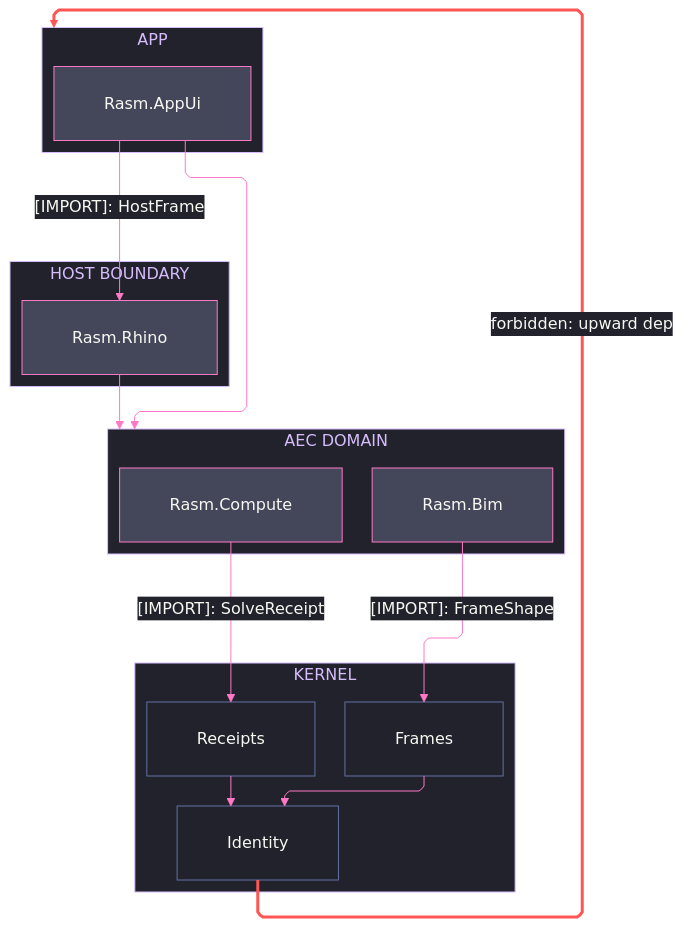
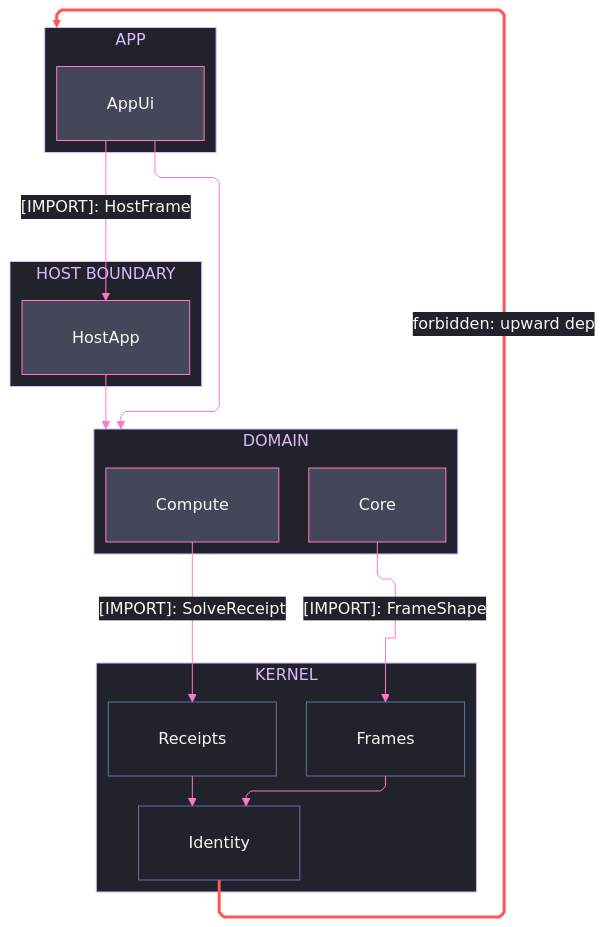
One commit to bsamiee/Rasm changed the diagram in .claude/skills/mermaid-diagramming/templates/strata.mmd.md. Above: the diagram before and after it, drawn with Mermaid. The commit also changed 134 other files, not shown here.

````diff
--- a/.claude/skills/mermaid-diagramming/templates/strata.mmd.md
+++ b/.claude/skills/mermaid-diagramming/templates/strata.mmd.md
@@ -5,62 +5,62 @@
 ```mermaid
 ---
 config:
   theme: base
   look: classic
   layout: elk
   flowchart:
     curve: linear
     padding: 25
   themeVariables:
     darkMode: true
     fontFamily: "SF Mono, Menlo, Cascadia Mono, Segoe UI Mono, Consolas, monospace"
     useGradient: false
     dropShadow: "none"
     background: "#282A36"
     primaryColor: "#44475A"
     primaryTextColor: "#F8F8F2"
     primaryBorderColor: "#BD93F9"
     lineColor: "#FF79C6"
     textColor: "#F8F8F2"
     clusterBkg: "#21222C"
     clusterBorder: "#D6BCFA"
     edgeLabelBackground: "#21222C"
     labelBackgroundColor: "#21222C"
     titleColor: "#D6BCFA"
   themeCSS: ".nodeLabel{font-size:13px;font-weight:500}.edgeLabel{font-size:12px;font-weight:500}.cluster-label .nodeLabel{font-size:13.5px;font-weight:700;letter-spacing:.08em}.edge-thickness-normal{stroke-width:2px}.edge-thickness-thick{stroke-width:3px}.edge-pattern-dashed,.edge-pattern-dotted{stroke-width:1.5px;stroke-dasharray:4 6}.node rect,.node circle,.node polygon,.node path,.node .outer-path{stroke-width:1.5px;filter:none!important}.cluster rect{stroke-width:1px!important;stroke-dasharray:5 4!important;filter:none!important}.marker path{transform:scale(.8);transform-origin:5px 5px}.marker circle{transform:scale(.48);transform-origin:5px 5px}.edgeLabel rect{transform-box:fill-box;transform-origin:center;transform:scale(1.1,1.2)}"
 ---
 flowchart TB
     accTitle: Package stratum law
     accDescr: Four stacked strata from app through host boundary and domain onto a member-resolved kernel, downward-only import edges naming one sourced type each, cluster-target edges landing on layer boundaries, and one forbidden upward edge styled red.
     subgraph L4[APP]
-        App[Rasm.AppUi]
+        App[AppUi]
     end
     subgraph L3[HOST BOUNDARY]
-        Host[Rasm.Rhino]
+        Host[HostApp]
     end
-    subgraph L2[AEC DOMAIN]
-        Bim[Rasm.Bim]
-        Compute[Rasm.Compute]
+    subgraph L2[DOMAIN]
+        Core[Core]
+        Compute[Compute]
     end
     subgraph L1[KERNEL]
         Frames[Frames]
         Identity[Identity]
         Receipts[Receipts]
     end
     App e1@-->|"[IMPORT]: HostFrame"| Host
     Host e2@--> L2
     App e3@--> L2
-    Bim e4@-->|"[IMPORT]: FrameShape"| Frames
+    Core e4@-->|"[IMPORT]: FrameShape"| Frames
     Compute e5@-->|"[IMPORT]: SolveReceipt"| Receipts
     Frames r1@--> Identity
     Receipts r2@--> Identity
     Identity f1@-->|"forbidden: upward dep"| L4
     class e1,e2,e3,e4,e5,r1,r2 edgeControl
     class f1 edgeError
     classDef primary fill:#44475A,stroke:#FF79C6,color:#F8F8F2
     classDef recessed fill:#21222C,stroke:#6272A4,color:#F8F8F2
     classDef edgeControl stroke:#FF79C6,color:#F8F8F2
     classDef edgeError stroke:#FF5555,stroke-width:3px,color:#F8F8F2
-    class App,Host,Bim,Compute primary
+    class App,Host,Core,Compute primary
     class Frames,Identity,Receipts recessed
 ```
````
